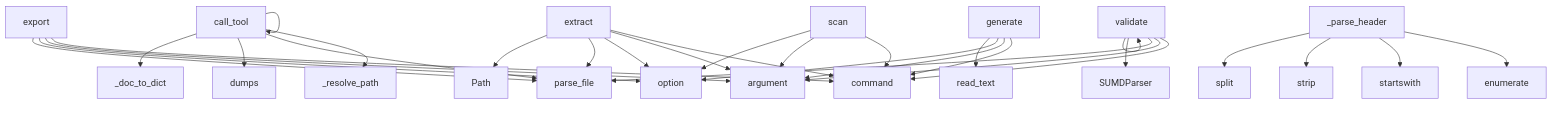
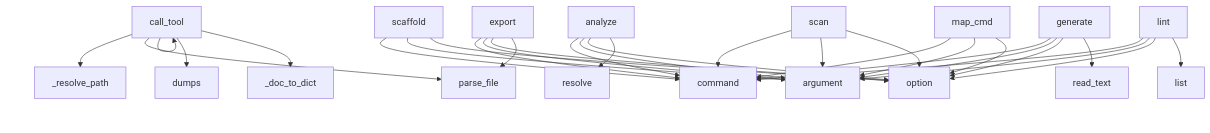
The diagram in project/context.md (oqlos/statement), drawn with Mermaid before and after one commit. The commit also changed other lines of this file and 36 other files, not shown here.

````diff
--- a/project/context.md
+++ b/project/context.md
@@ -366,33 +491,33 @@
 ```mermaid
 graph TD
     call_tool --> call_tool
     call_tool --> _resolve_path
     call_tool --> parse_file
     call_tool --> dumps
     call_tool --> _doc_to_dict
-    scan --> command
-    scan --> argument
-    scan --> option
+    analyze --> command
+    analyze --> argument
+    analyze --> option
+    analyze --> resolve
+    scaffold --> command
+    scaffold --> argument
+    scaffold --> option
     generate --> command
     generate --> argument
     generate --> option
     generate --> read_text
+    lint --> command
+    lint --> argument
+    lint --> option
+    lint --> list
+    scan --> command
+    scan --> argument
+    scan --> option
+    map_cmd --> command
+    map_cmd --> argument
+    map_cmd --> option
     export --> command
     export --> argument
     export --> option
     export --> parse_file
-    _parse_header --> enumerate
-    _parse_header --> startswith
-    _parse_header --> strip
-    _parse_header --> split
-    validate --> command
-    validate --> argument
-    validate --> parse_file
-    validate --> SUMDParser
-    validate --> validate
-    extract --> command
-    extract --> argument
-    extract --> option
-    extract --> parse_file
-    extract --> Path
 ```
````
